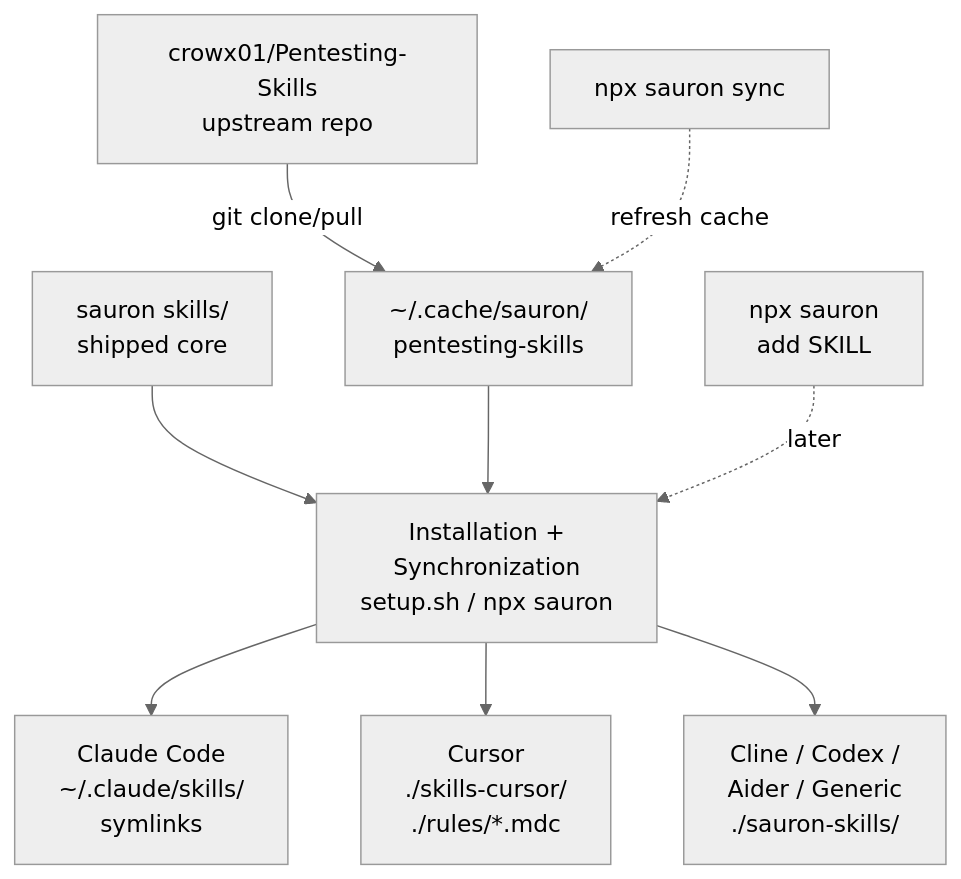
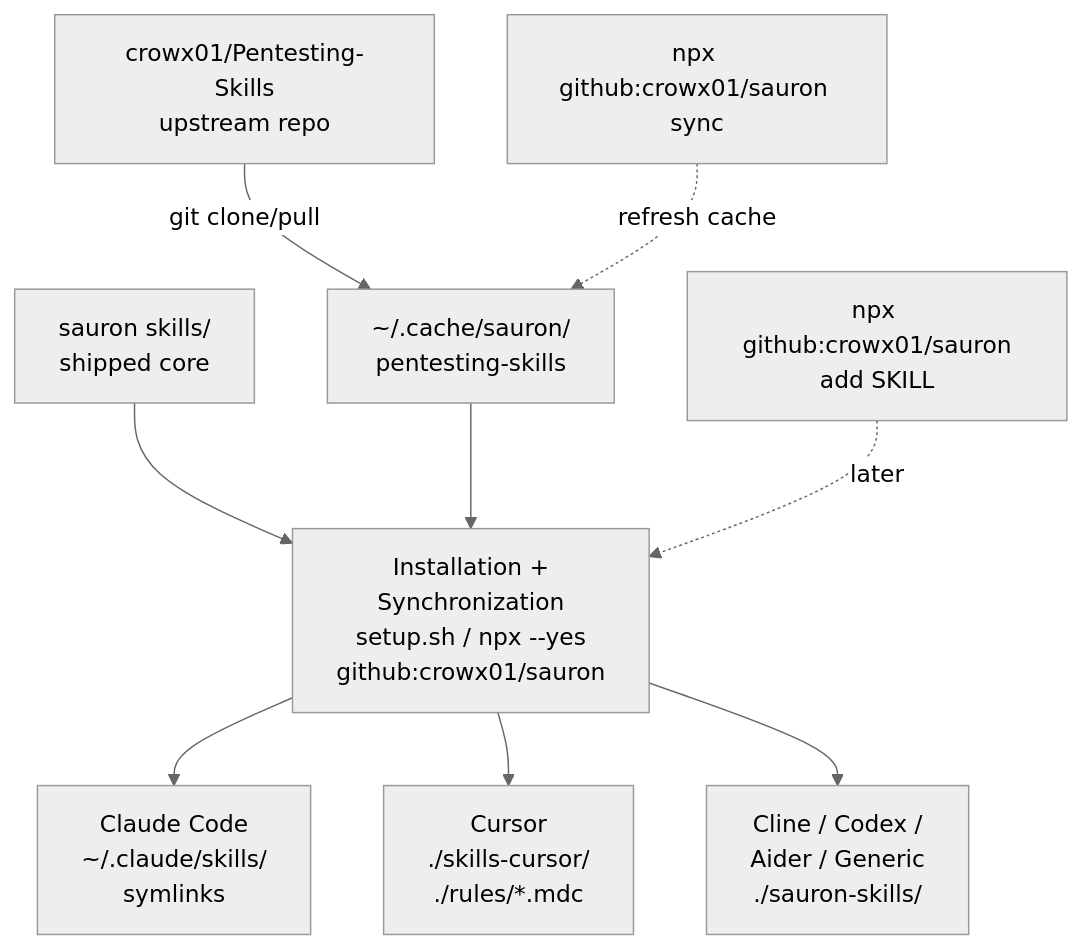
One commit to Darxbloo/sauron changed the second of 2 diagrams in README.md. Above: the diagram before and after it, drawn with Mermaid (neutral theme). The commit also changed other lines of this file and 2 other files, not shown here.

First line of the commit message:
docs: fix npx syntax + add model-routing workflow diagram

````diff
--- a/README.md
+++ b/README.md
@@ -183,11 +225,11 @@
 ```mermaid
 flowchart TD
     A[sauron skills/<br/>shipped core] --> C
     B[crowx01/Pentesting-Skills<br/>upstream repo] -->|git clone/pull| B2[~/.cache/sauron/<br/>pentesting-skills]
-    B2 --> C[Installation +<br/>Synchronization<br/>setup.sh / npx sauron]
+    B2 --> C[Installation +<br/>Synchronization<br/>setup.sh / npx --yes<br/>github:crowx01/sauron]
     C --> D1[Claude Code<br/>~/.claude/skills/<br/>symlinks]
     C --> D2[Cursor<br/>./skills-cursor/<br/>./rules/*.mdc]
     C --> D3[Cline / Codex /<br/>Aider / Generic<br/>./sauron-skills/]
-    E[npx sauron<br/>add SKILL] -.->|later| C
-    F[npx sauron sync] -.->|refresh cache| B2
+    E[npx github:crowx01/sauron<br/>add SKILL] -.->|later| C
+    F[npx github:crowx01/sauron sync] -.->|refresh cache| B2
 ```
````
